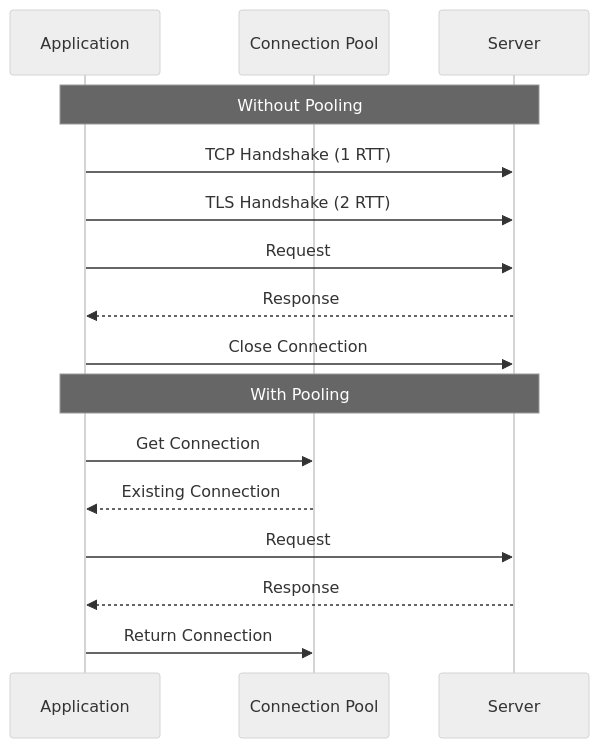
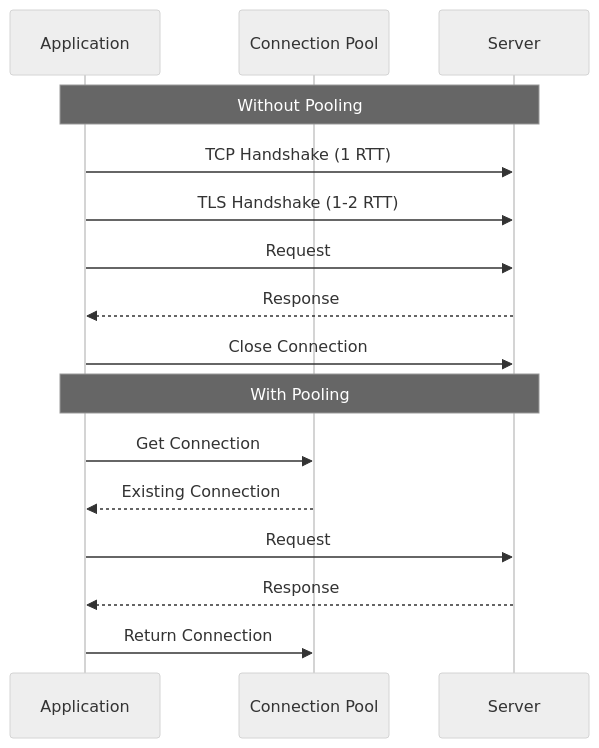
Before and after one commit to OneUptime/blog: the second of 3 diagrams in posts/2026-01-30-network-performance-optimization/README.md, drawn with Mermaid (neutral theme). The commit also changed other lines of this file and 2 other files, not shown here.

````diff
--- a/posts/2026-01-30-network-performance-optimization/README.md
+++ b/posts/2026-01-30-network-performance-optimization/README.md
@@ -226,20 +230,20 @@
 ```mermaid
 sequenceDiagram
     participant App as Application
     participant Pool as Connection Pool
     participant Server as Server
 
     Note over App,Server: Without Pooling
     App->>Server: TCP Handshake (1 RTT)
-    App->>Server: TLS Handshake (2 RTT)
+    App->>Server: TLS Handshake (1-2 RTT)
     App->>Server: Request
     Server-->>App: Response
     App->>Server: Close Connection
 
     Note over App,Server: With Pooling
     App->>Pool: Get Connection
     Pool-->>App: Existing Connection
     App->>Server: Request
     Server-->>App: Response
     App->>Pool: Return Connection
 ```
````
